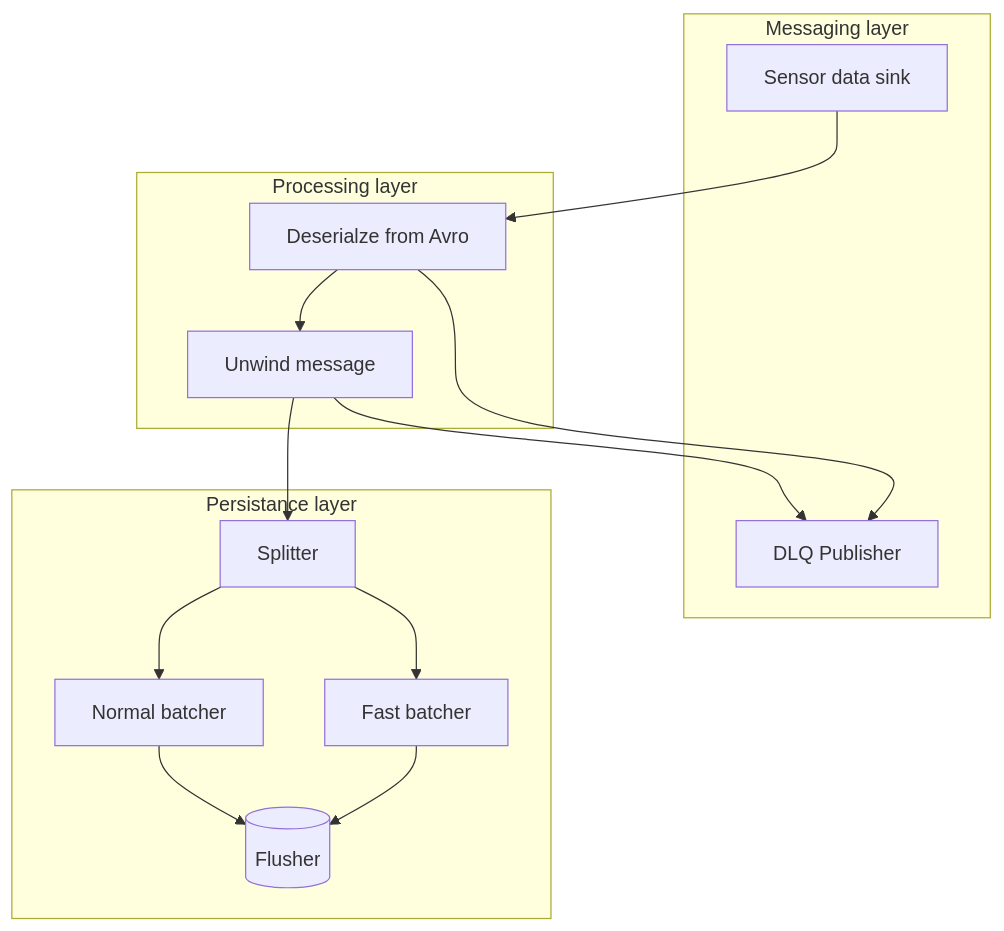
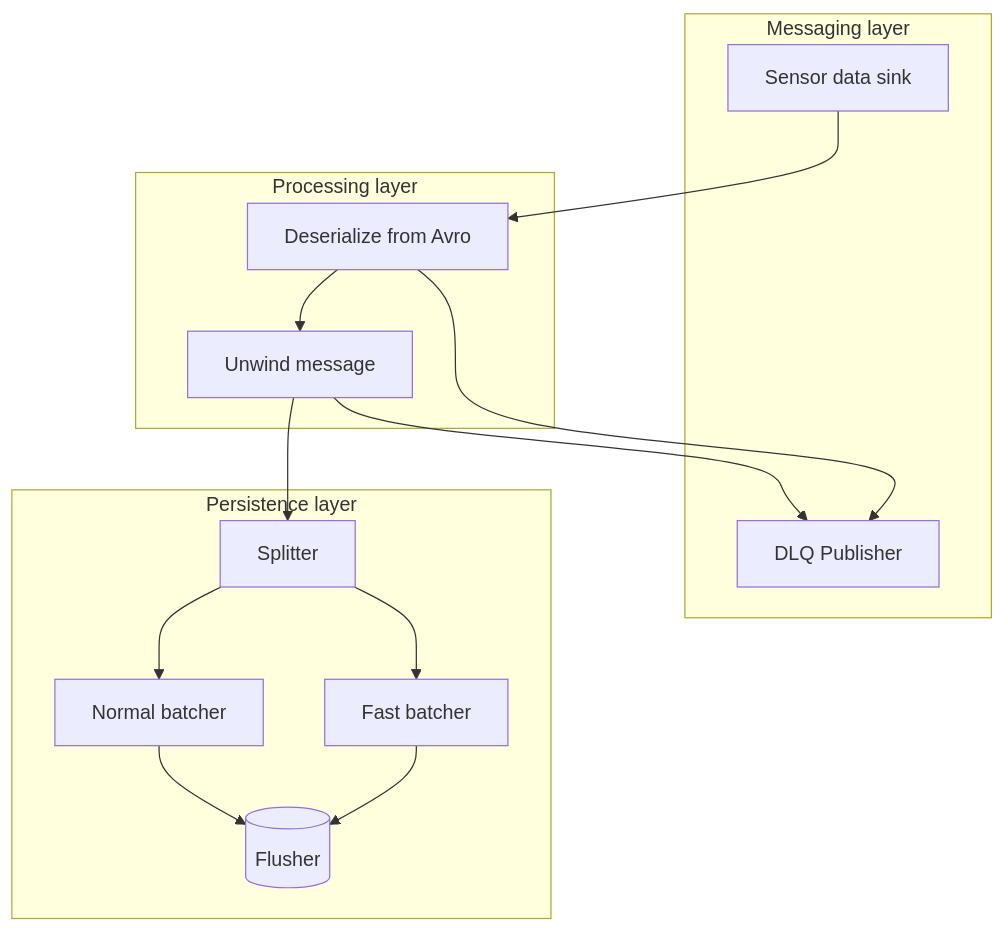
One commit to ChronoRacer/chronoracer changed the first of 4 diagrams in docs/component-core.md. Above: the diagram before and after it, drawn with Mermaid. The commit also changed other lines of this file and 60 other files, not shown here.

````diff
--- a/docs/component-core.md
+++ b/docs/component-core.md
@@ -69,31 +65,31 @@
 ```mermaid
 flowchart TB
     subgraph kafka["Messaging layer"]
         dataSink["Sensor data sink"]
         dlqPublisher["DLQ Publisher"]
-        
+
     end
 
     subgraph process["Processing layer"]
-        extract["Deserialze from Avro"]
+        extract["Deserialize from Avro"]
         unwind["Unwind message"]
     end
 
-    subgraph persistence["Persistance layer"]
+    subgraph persistence["Persistence layer"]
         splitter["Splitter"]
         batcherFast["Fast batcher"]
         batcherNormal["Normal batcher"]
         flusher[("Flusher")]
     end
 
     dataSink --> extract
     extract --> unwind
     extract --> dlqPublisher
     unwind --> dlqPublisher
     unwind --> splitter
     splitter --> batcherFast
     splitter --> batcherNormal
     batcherFast --> flusher
     batcherNormal --> flusher
 
 ```
````
